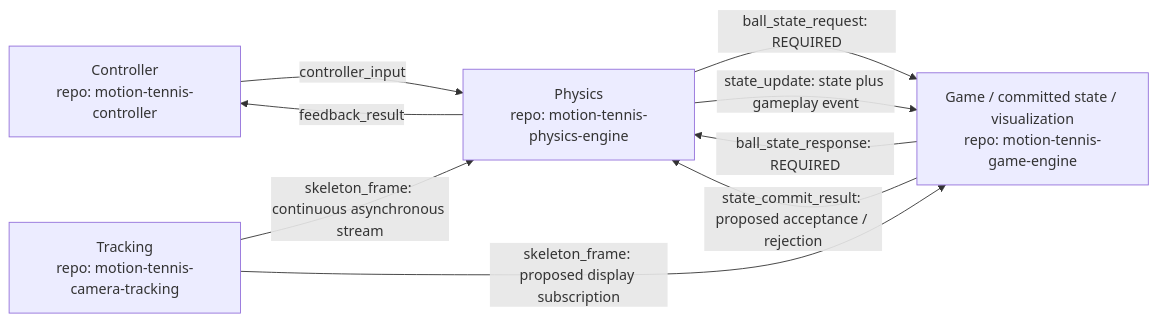
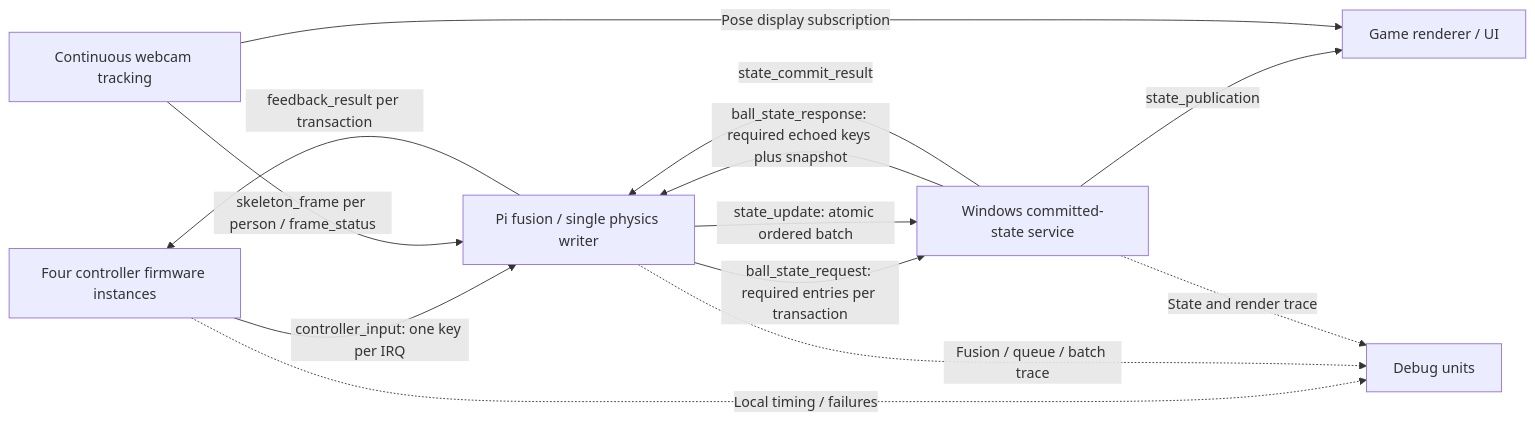
The second of 3 diagrams in docs/architecture.md (motion-tennis/documentation), drawn with Mermaid before and after one commit. The commit also changed other lines of this file and 29 other files, not shown here.

Commit message:
docs: define four-player webcam and wireless master plan

````diff
--- a/docs/architecture.md
+++ b/docs/architecture.md
@@ -38,15 +44,21 @@
 ```mermaid
 flowchart LR
-    C["Controller<br/>repo: motion-tennis-controller"]
-    T["Tracking<br/>repo: motion-tennis-camera-tracking"]
-    P["Physics<br/>repo: motion-tennis-physics-engine"]
-    G["Game / committed state / visualization<br/>repo: motion-tennis-game-engine"]
-    C -->|"controller_input"| P
-    T -->|"skeleton_frame: continuous asynchronous stream"| P
-    P -->|"ball_state_request: REQUIRED"| G
-    G -->|"ball_state_response: REQUIRED"| P
-    P -->|"state_update: state plus gameplay event"| G
-    G -->|"state_commit_result: proposed acceptance / rejection"| P
-    P -->|"feedback_result"| C
-    T -->|"skeleton_frame: proposed display subscription"| G
+    C["Four controller firmware instances"]
+    T["Continuous webcam tracking"]
+    P["Pi fusion / single physics writer"]
+    G["Windows committed-state service"]
+    R["Game renderer / UI"]
+    D["Debug units"]
+    C -->|"controller_input: one key per IRQ"| P
+    T -->|"skeleton_frame per person / frame_status"| P
+    P -->|"ball_state_request: required entries per transaction"| G
+    G -->|"ball_state_response: required echoed keys plus snapshot"| P
+    P -->|"state_update: atomic ordered batch"| G
+    G -->|"state_commit_result"| P
+    P -->|"feedback_result per transaction"| C
+    G -->|"state_publication"| R
+    T -->|"Pose display subscription"| R
+    C -.->|"Local timing / failures"| D
+    P -.->|"Fusion / queue / batch trace"| D
+    G -.->|"State and render trace"| D
 ```
````
